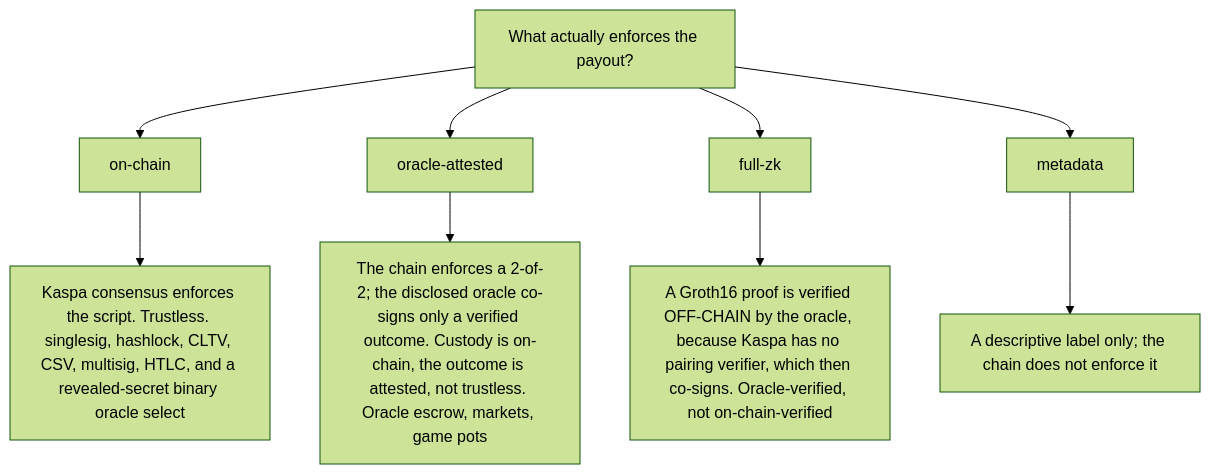
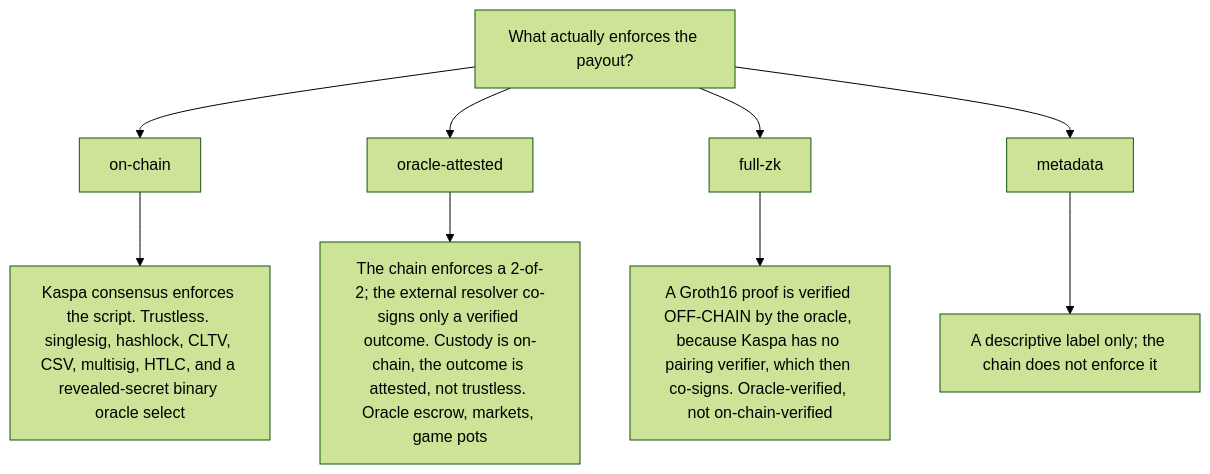
One commit to THTProtocol/Covex27 changed the third of 5 diagrams in README.md. Above: the diagram before and after it, drawn with Mermaid (forest theme). The commit also changed other lines of this file and 66 other files, not shown here.

First line of the commit message:
fix(honesty): there is no Covex oracle - reframe all enforcement copy to external resolver / off-chain verification

````diff
--- a/README.md
+++ b/README.md
@@ -197,12 +197,12 @@
 ```mermaid
 flowchart TD
   Q["What actually enforces the payout?"]
   Q --> ON["on-chain"]
   Q --> OA["oracle-attested"]
   Q --> FZ["full-zk"]
   Q --> MD["metadata"]
   ON --> ONx["Kaspa consensus enforces the script. Trustless. singlesig, hashlock, CLTV, CSV, multisig, HTLC, and a revealed-secret binary oracle select"]
-  OA --> OAx["The chain enforces a 2-of-2; the disclosed oracle co-signs only a verified outcome. Custody is on-chain, the outcome is attested, not trustless. Oracle escrow, markets, game pots"]
+  OA --> OAx["The chain enforces a 2-of-2; the external resolver co-signs only a verified outcome. Custody is on-chain, the outcome is attested, not trustless. Oracle escrow, markets, game pots"]
   FZ --> FZx["A Groth16 proof is verified OFF-CHAIN by the oracle, because Kaspa has no pairing verifier, which then co-signs. Oracle-verified, not on-chain-verified"]
   MD --> MDx["A descriptive label only; the chain does not enforce it"]
 ```
````
